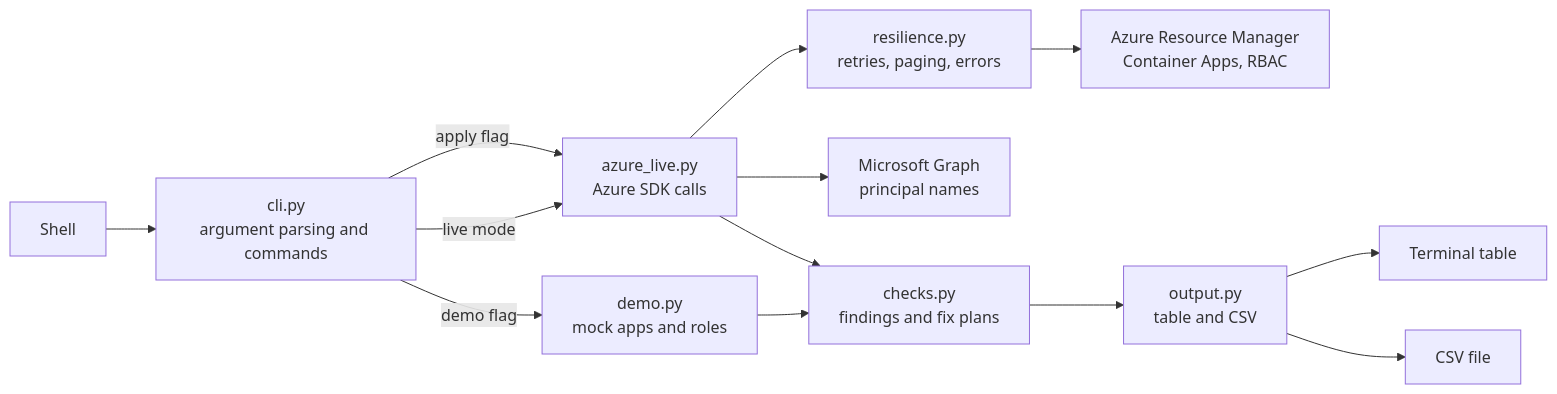
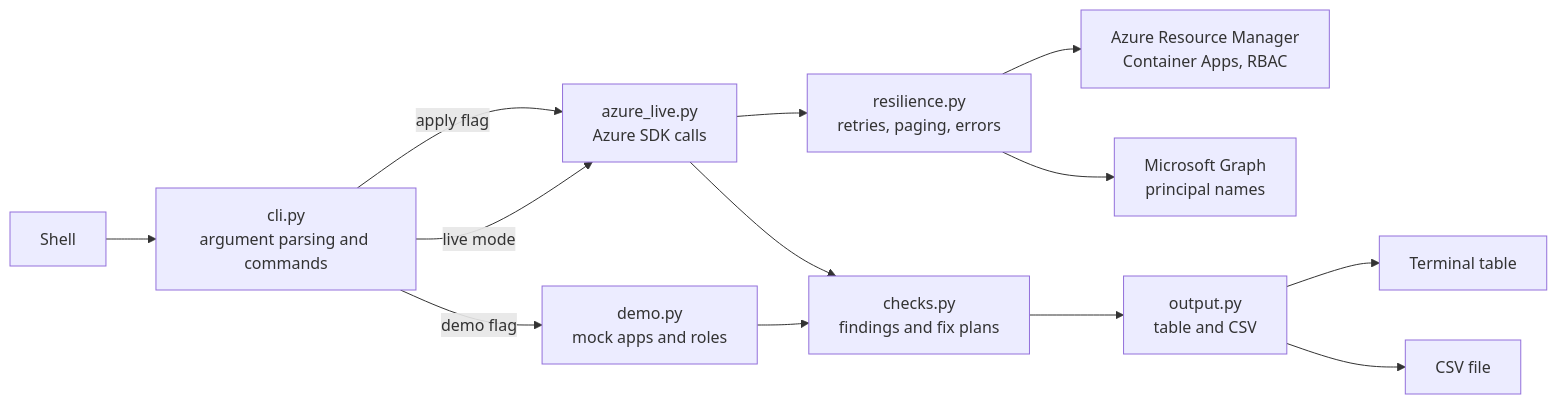
Before and after one commit to chriswayneh/acasentry: the diagram in README.md, drawn with Mermaid.

Commit message:
docs: route Graph calls through resilience in architecture diagram

````diff
--- a/README.md
+++ b/README.md
@@ -117,15 +117,15 @@
 ```mermaid
 flowchart LR
     user["Shell"] --> cli["cli.py<br/>argument parsing and commands"]
     cli -->|"demo flag"| demo["demo.py<br/>mock apps and roles"]
     cli -->|"live mode"| live["azure_live.py<br/>Azure SDK calls"]
     live --> res["resilience.py<br/>retries, paging, errors"]
     res --> arm["Azure Resource Manager<br/>Container Apps, RBAC"]
-    live --> msgraph["Microsoft Graph<br/>principal names"]
+    res --> msgraph["Microsoft Graph<br/>principal names"]
     demo --> checks["checks.py<br/>findings and fix plans"]
     live --> checks
     checks --> out["output.py<br/>table and CSV"]
     out --> stdout["Terminal table"]
     out --> csv["CSV file"]
     cli -->|"apply flag"| live
 ```
````
